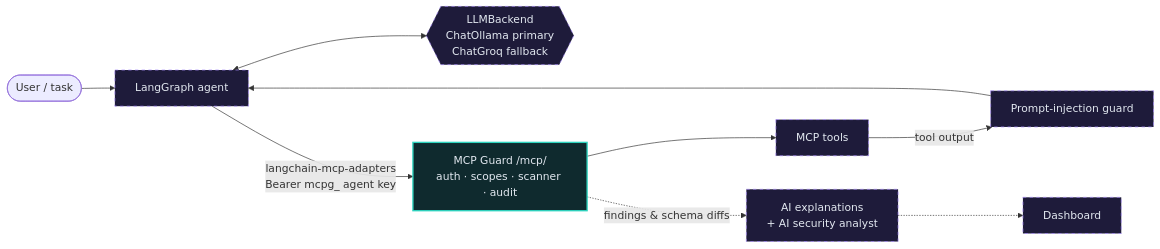
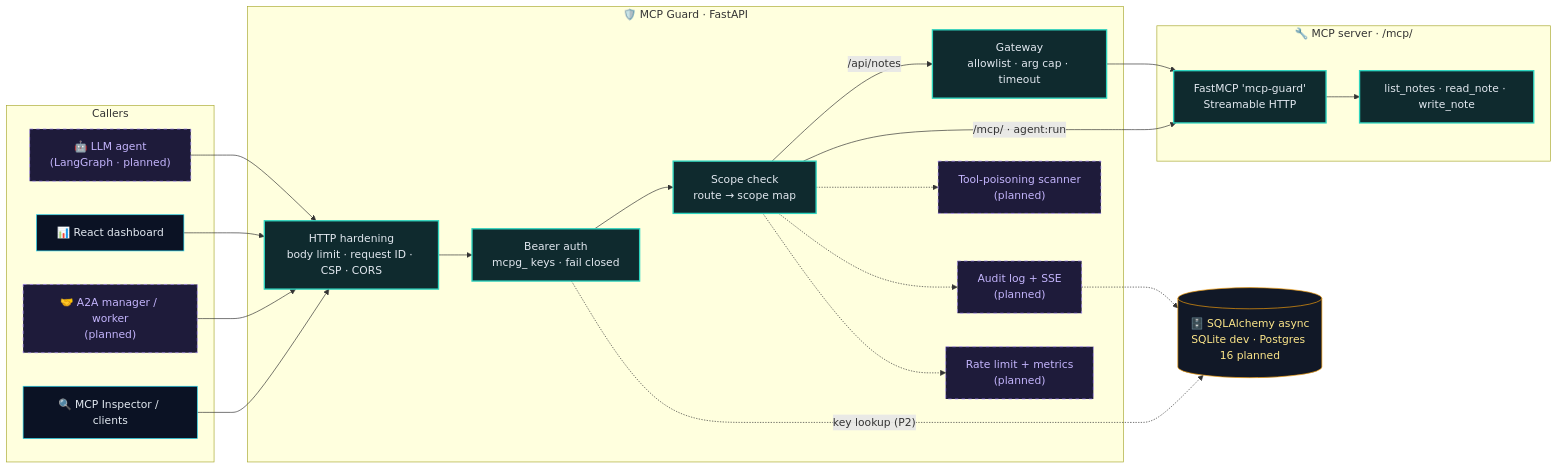
Before and after one commit to aneek22112007-tech/mcp-a2a-secure: the second of 4 diagrams in README.md, drawn with Mermaid. The commit also changed other lines of this file, not shown here.

Commit message:
tmp: mermaid probe 3

````diff
--- a/README.md
+++ b/README.md
@@ -159,16 +60,49 @@
 ```mermaid
 flowchart LR
-    U(["User / task"]) --> AG["LangGraph agent"]
-    AG <--> LLM{{"LLMBackend<br/>ChatOllama primary<br/>ChatGroq fallback"}}
-    AG -->|"langchain-mcp-adapters<br/>Bearer mcpg_ agent key"| MG["MCP Guard /mcp/<br/>auth · scopes · scanner · audit"]
-    MG --> T["MCP tools"]
-    T -->|"tool output"| PI["Prompt-injection guard"]
-    PI --> AG
-    MG -.->|"findings & schema diffs"| EX["AI explanations<br/>+ AI security analyst"]
-    EX -.-> D["Dashboard"]
+    subgraph CALLERS["Callers"]
+        AG["🤖 LLM agent<br/>(LangGraph · planned)"]
+        UI["📊 React dashboard"]
+        A2A["🤝 A2A manager / worker<br/>(planned)"]
+        INS["🔍 MCP Inspector / clients"]
+    end
 
-    classDef planned fill:#1e1b3a,stroke:#a78bfa,color:#e2e8f0,stroke-dasharray:5 5
-    classDef guard fill:#0f2a2e,stroke:#2dd4bf,color:#e2e8f0,stroke-width:2px
-    class AG,LLM,PI,EX,D,T planned
-    class MG guard
+    subgraph GUARD["🛡️ MCP Guard · FastAPI"]
+        MW["HTTP hardening<br/>body limit · request ID · CSP · CORS"]
+        AUTH["Bearer auth<br/>mcpg_ keys · fail closed"]
+        SC["Scope check<br/>route → scope map"]
+        GW["Gateway<br/>allowlist · arg cap · timeout"]
+        SCAN["Tool-poisoning scanner<br/>(planned)"]
+        AUD["Audit log + SSE<br/>(planned)"]
+        RL["Rate limit + metrics<br/>(planned)"]
+    end
+
+    subgraph TOOLS["🔧 MCP server · /mcp/"]
+        MCP["FastMCP 'mcp-guard'<br/>Streamable HTTP"]
+        T1["list_notes · read_note · write_note"]
+    end
+
+    DB[("🗄️ SQLAlchemy async<br/>SQLite dev · Postgres 16 planned")]
+
+    AG --> MW
+    UI --> MW
+    A2A --> MW
+    INS --> MW
+    MW --> AUTH --> SC
+    SC -->|"/api/notes"| GW --> MCP
+    SC -->|"/mcp/ · agent:run"| MCP
+    MCP --> T1
+    SC -.-> SCAN
+    SC -.-> AUD
+    SC -.-> RL
+    AUTH -.->|"key lookup (P2)"| DB
+    AUD -.-> DB
+
+    classDef built fill:#0f2a2e,stroke:#2dd4bf,color:#e2e8f0,stroke-width:2px
+    classDef planned fill:#1e1b3a,stroke:#a78bfa,color:#c4b5fd,stroke-dasharray:5 5
+    classDef caller fill:#0b1224,stroke:#22d3ee,color:#e2e8f0
+    classDef store fill:#111827,stroke:#f59e0b,color:#fde68a
+    class MW,AUTH,SC,GW,MCP,T1 built
+    class SCAN,AUD,RL,AG,A2A planned
+    class UI,INS caller
+    class DB store
 ```
````
